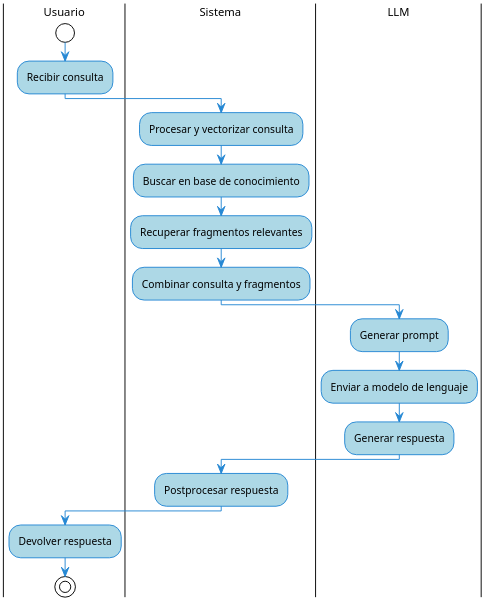
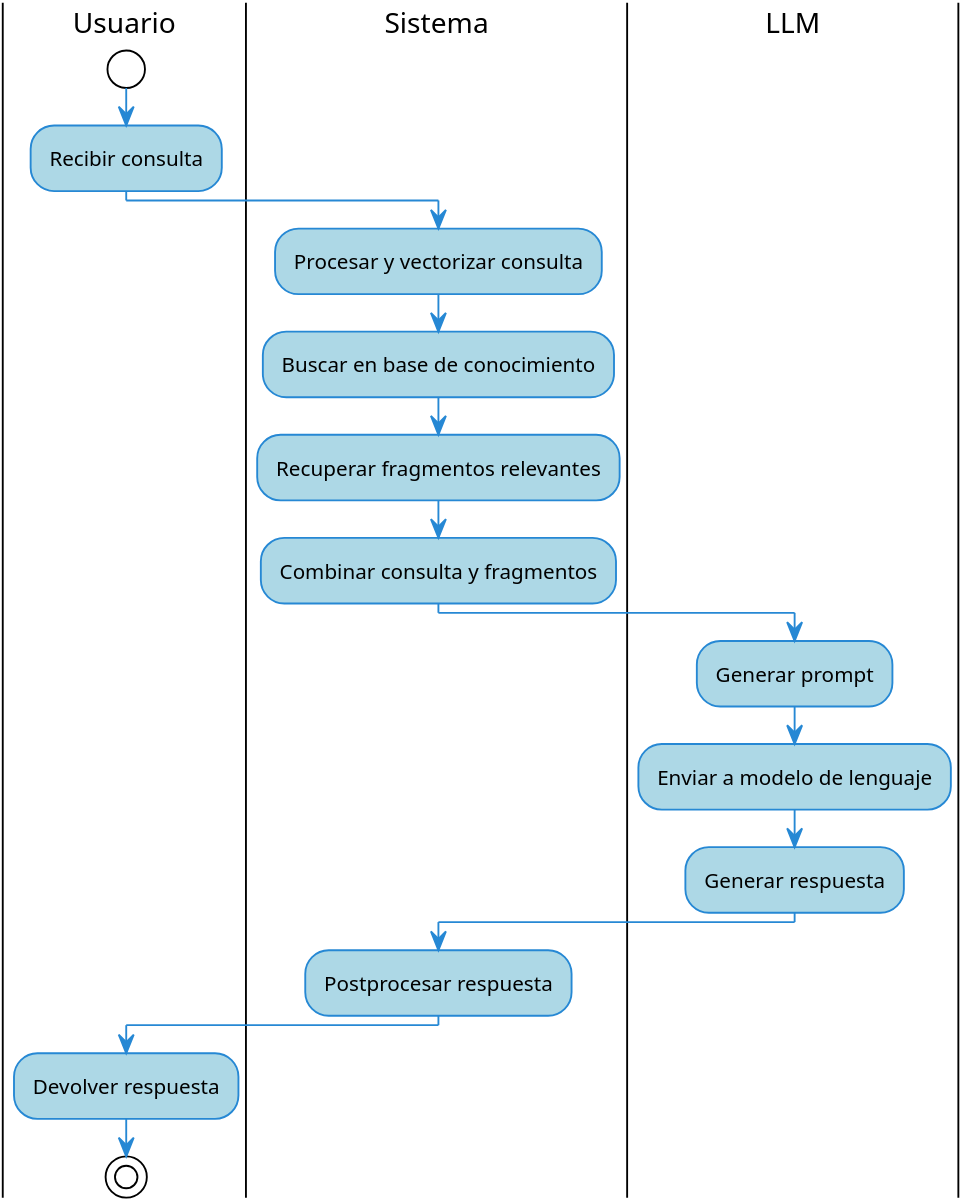
Before and after one commit to carloss4dv/langagent: the diagram in diagrams/generacion_rag.puml, drawn with PlantUML. The commit also changed 68 other files, not shown here.

```diff
--- a/diagrams/generacion_rag.puml
+++ b/diagrams/generacion_rag.puml
@@ -1,51 +1,51 @@
-@startuml "Flujo de Generacion en RAG"
+@startuml 
 ' Mejora la legibilidad y la calidad de la imagen para documentos.
 !theme plain
 skinparam {
-    dpi 300
+    dpi 600
     shadowing false
     backgroundColor transparent
     defaultFontName "Arial"
-    defaultFontSize 12
+    defaultFontSize 15
     
     activity {
         borderColor #2688d4
         backgroundColor #add8e6
         fontName "Arial"
         fontSize 11
     }
 
     arrow {
         color #2688d4
     }
 
     partition {
         borderColor #2688d4
         backgroundColor #f0f8ff
     }
 }
 
 |Usuario|
 start
 :Recibir consulta;
 
 |Sistema|
 :Procesar y vectorizar consulta;
 :Buscar en base de conocimiento;
 :Recuperar fragmentos relevantes;
 :Combinar consulta y fragmentos;
 
 |LLM|
 :Generar prompt;
 :Enviar a modelo de lenguaje;
 :Generar respuesta;
 
 |Sistema|
 :Postprocesar respuesta;
 
 |Usuario|
 :Devolver respuesta;
 
 stop
 
 @enduml
```
